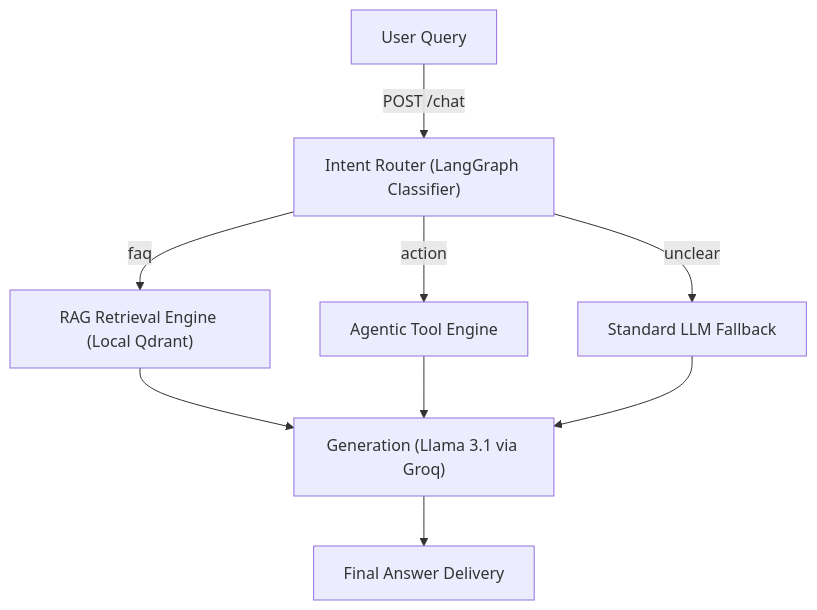
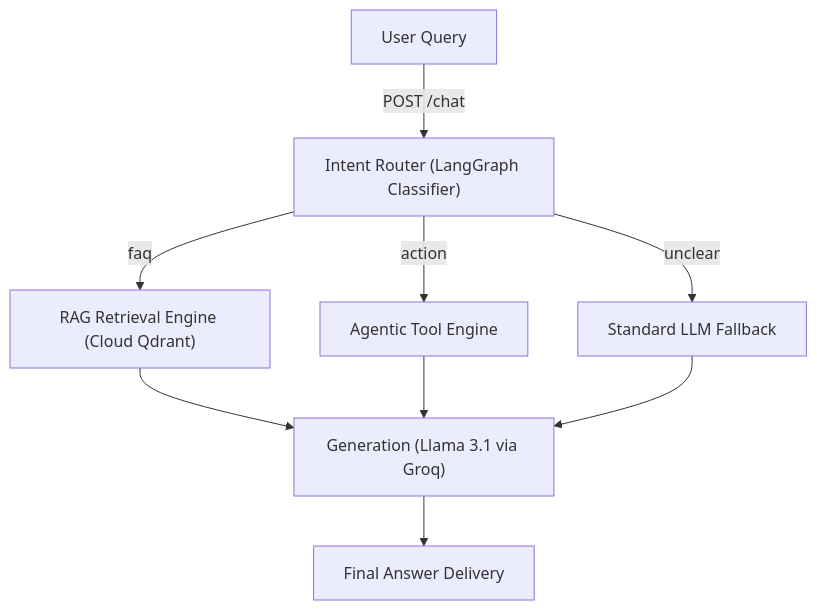
One commit to Sudharsan68/Chatbot-by-langGraph changed the diagram in README.md. Above: the diagram before and after it, drawn with Mermaid. The commit also changed other lines of this file and 1 other file, not shown here.

Commit message:
update: connect to cloud qdrant and update readme

````diff
--- a/README.md
+++ b/README.md
@@ -21,14 +21,14 @@
 ```mermaid
 graph TD;
     UserQuery["User Query"] --> |POST /chat| IntentRouter["Intent Router (LangGraph Classifier)"];
     
-    IntentRouter -->|faq| RAG["RAG Retrieval Engine (Local Qdrant)"];
+    IntentRouter -->|faq| RAG["RAG Retrieval Engine (Cloud Qdrant)"];
     IntentRouter -->|action| Agent["Agentic Tool Engine"];
     IntentRouter -->|unclear| Fallback["Standard LLM Fallback"];
     
     RAG --> Response["Generation (Llama 3.1 via Groq)"];
     Agent --> Response;
     Fallback --> Response;
     
     Response --> UserResponse["Final Answer Delivery"];
 ```
````
